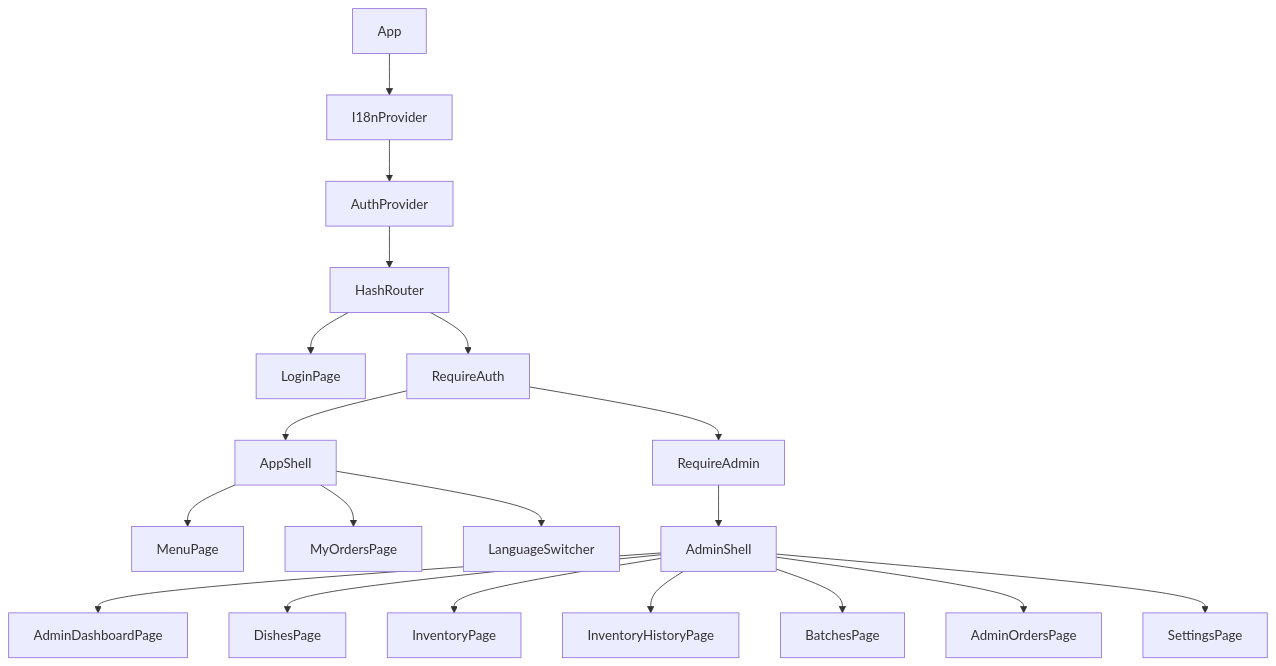
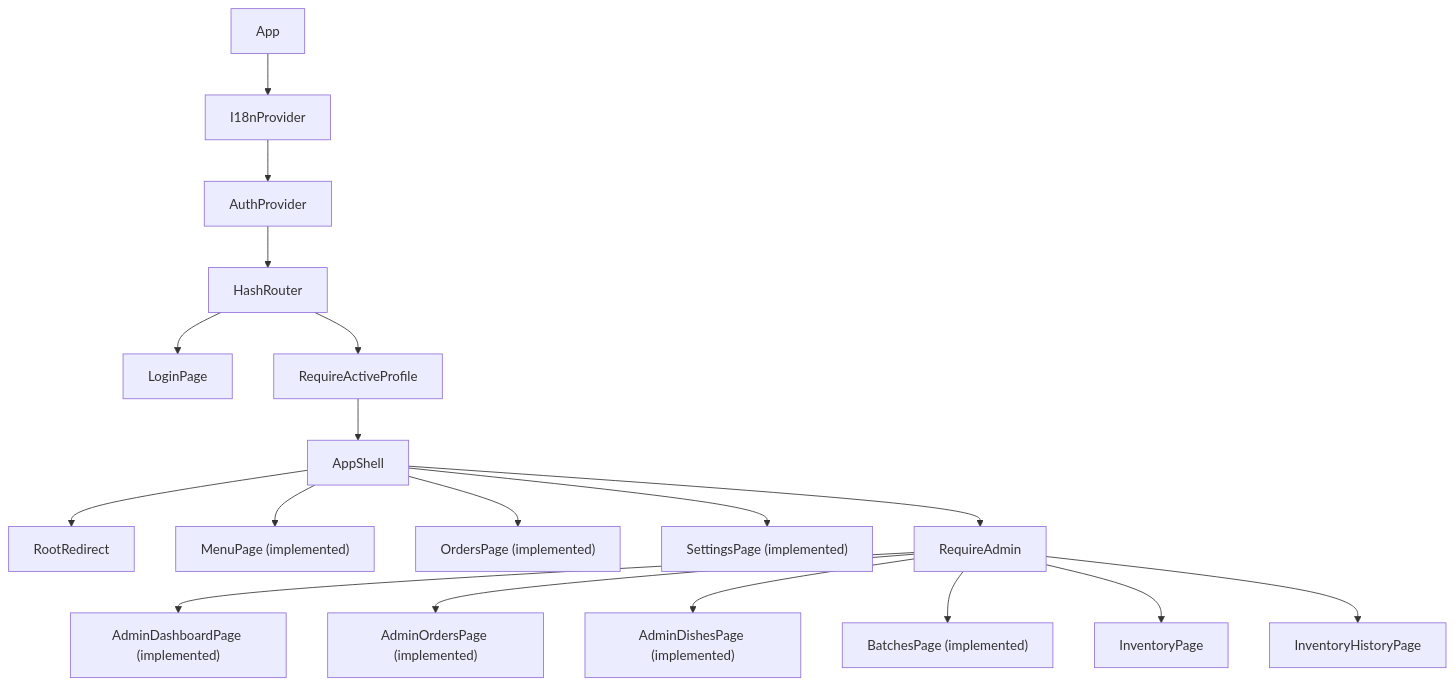
Before and after one commit to tyshchenkodv/home-menu: the first of 3 diagrams in docs/05-components-and-flows.md, drawn with Mermaid. The commit also changed other lines of this file and 234 other files, not shown here.

````diff
--- a/docs/05-components-and-flows.md
+++ b/docs/05-components-and-flows.md
@@ -5,21 +5,20 @@
 ```mermaid
 flowchart TD
     App["App"] --> I18n["I18nProvider"]
     I18n --> Auth["AuthProvider"]
     Auth --> Router["HashRouter"]
     Router --> Login["LoginPage"]
-    Router --> Protected["RequireAuth"]
+    Router --> Protected["RequireActiveProfile"]
     Protected --> Shell["AppShell"]
-    Shell --> Menu["MenuPage"]
-    Shell --> Mine["MyOrdersPage"]
-    Shell --> Language["LanguageSwitcher"]
-    Protected --> Admin["RequireAdmin"]
-    Admin --> AdminShell["AdminShell"]
-    AdminShell --> Dashboard["AdminDashboardPage"]
-    AdminShell --> Dishes["DishesPage"]
-    AdminShell --> Inventory["InventoryPage"]
-    AdminShell --> History["InventoryHistoryPage"]
-    AdminShell --> Batches["BatchesPage"]
-    AdminShell --> Orders["AdminOrdersPage"]
-    AdminShell --> Settings["SettingsPage"]
+    Shell --> Root["RootRedirect"]
+    Shell --> Menu["MenuPage (implemented)"]
+    Shell --> Orders["OrdersPage (implemented)"]
+    Shell --> Settings["SettingsPage (implemented)"]
+    Shell --> Admin["RequireAdmin"]
+    Admin --> Dashboard["AdminDashboardPage (implemented)"]
+    Admin --> AdminOrders["AdminOrdersPage (implemented)"]
+    Admin --> Dishes["AdminDishesPage (implemented)"]
+    Admin --> Batches["BatchesPage (implemented)"]
+    Admin --> Inventory["InventoryPage"]
+    Admin --> History["InventoryHistoryPage"]
 ```
````
